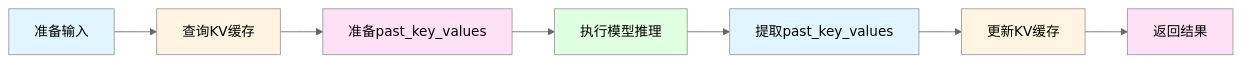
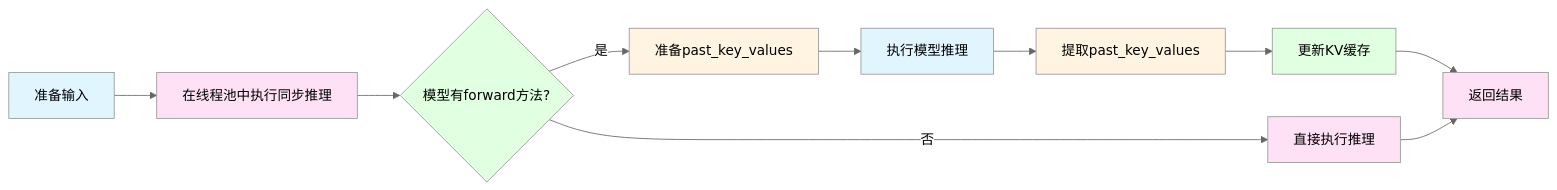
One commit to xdongp/xllm changed the fifth of 6 diagrams in lesson/6.模型执行器的代码实现.md. Above: the diagram before and after it, drawn with Mermaid (neutral theme). The commit also changed other lines of this file and 39 other files, not shown here.

````diff
--- a/lesson/6.模型执行器的代码实现.md
+++ b/lesson/6.模型执行器的代码实现.md
@@ -537,17 +569,22 @@
 ```mermaid
 graph LR
-    A[准备输入] --> B[查询KV缓存]
-    B --> C[准备past_key_values]
-    C --> D[执行模型推理]
-    D --> E[提取past_key_values]
-    E --> F[更新KV缓存]
-    F --> G[返回结果]
+    A[准备输入] --> B[在线程池中执行同步推理]
+    B --> C{模型有forward方法?}
+    C -->|是| D[准备past_key_values]
+    C -->|否| E[直接执行推理]
+    D --> F[执行模型推理]
+    F --> G[提取past_key_values]
+    G --> H[更新KV缓存]
+    H --> I[返回结果]
+    E --> I
     
     style A fill:#e1f5ff
-    style B fill:#fff4e1
-    style C fill:#ffe1f5
-    style D fill:#e1ffe1
-    style E fill:#e1f5ff
-    style F fill:#fff4e1
-    style G fill:#ffe1f5
+    style B fill:#ffe1f5
+    style C fill:#e1ffe1
+    style D fill:#fff4e1
+    style E fill:#ffe1f5
+    style F fill:#e1f5ff
+    style G fill:#fff4e1
+    style H fill:#e1ffe1
+    style I fill:#ffe1f5
 ```
````
